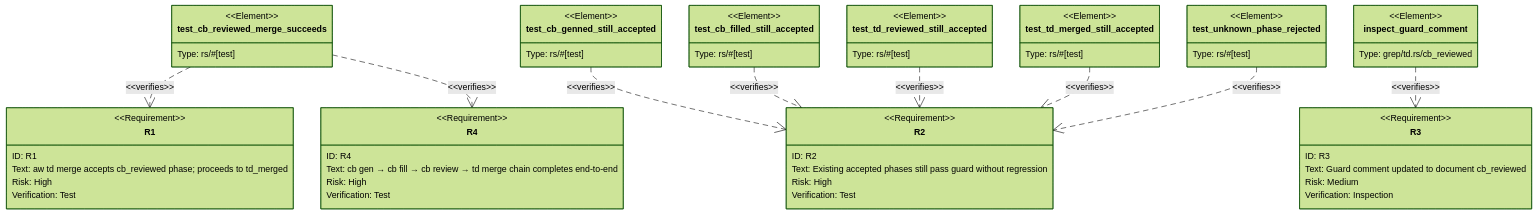
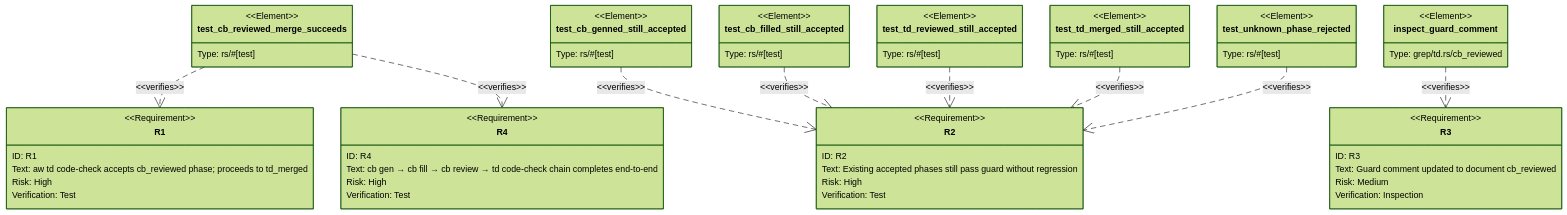
One commit to chrischeng-c4/axiom changed the second of 2 diagrams in projects/agentic-workflow/tech-design/surface/specs/score-td-merge-accepts-cb-reviewed.md. Above: the diagram before and after it, drawn with Mermaid (forest theme). The commit also changed other lines of this file and 65 other files, not shown here.

```diff
--- a/projects/agentic-workflow/tech-design/surface/specs/score-td-merge-accepts-cb-reviewed.md
+++ b/projects/agentic-workflow/tech-design/surface/specs/score-td-merge-accepts-cb-reviewed.md
@@ -104,7 +104,7 @@
 requirements:
   r1_cb_reviewed_merges:
     id: R1
-    text: "aw td merge accepts cb_reviewed phase and proceeds to td_merged without error"
+    text: "aw td code-check accepts cb_reviewed phase and proceeds to td_merged without error"
     kind: functional
     risk: high
     verify: test
@@ -122,7 +122,7 @@
     verify: inspection
   r4_end_to_end_chain:
     id: R4
-    text: "cb gen → cb fill → cb review → td merge chain completes end-to-end when phase is cb_reviewed"
+    text: "cb gen → cb fill → cb review → td code-check chain completes end-to-end when phase is cb_reviewed"
     kind: functional
     risk: high
     verify: test
@@ -169,7 +169,7 @@
 requirementDiagram
     requirement R1 {
       id: R1
-      text: "aw td merge accepts cb_reviewed phase; proceeds to td_merged"
+      text: "aw td code-check accepts cb_reviewed phase; proceeds to td_merged"
       risk: high
       verifymethod: test
     }
@@ -187,7 +187,7 @@
     }
     requirement R4 {
       id: R4
-      text: "cb gen → cb fill → cb review → td merge chain completes end-to-end"
+      text: "cb gen → cb fill → cb review → td code-check chain completes end-to-end"
       risk: high
       verifymethod: test
     }
```
